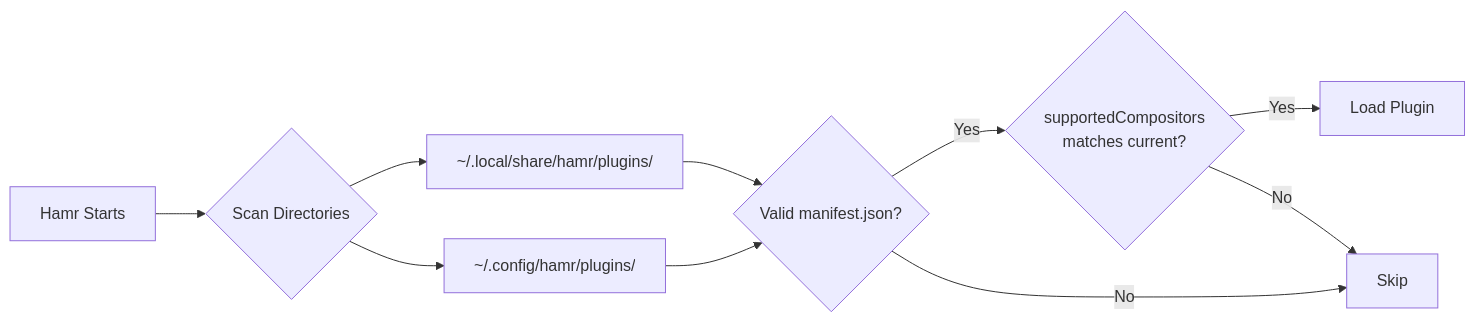
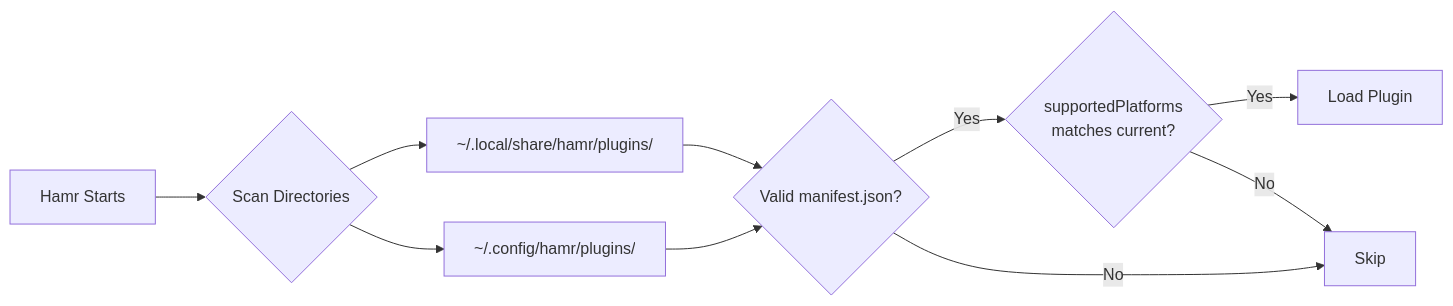
One commit to Stewart86/hamr changed the second of 2 diagrams in docs/plugins/index.md. Above: the diagram before and after it, drawn with Mermaid. The commit also changed other lines of this file and 405 other files, not shown here.

````diff
--- a/docs/plugins/index.md
+++ b/docs/plugins/index.md
@@ -185,12 +191,12 @@
 ```mermaid
 flowchart LR
     A[Hamr Starts] --> B{Scan Directories}
     B --> C[~/.local/share/hamr/plugins/]
     B --> D[~/.config/hamr/plugins/]
     C --> E{Valid manifest.json?}
     D --> E
-    E -->|Yes| F{supportedCompositors<br/>matches current?}
+    E -->|Yes| F{supportedPlatforms<br/>matches current?}
     E -->|No| G[Skip]
     F -->|Yes| H[Load Plugin]
     F -->|No| G
 ```
````
